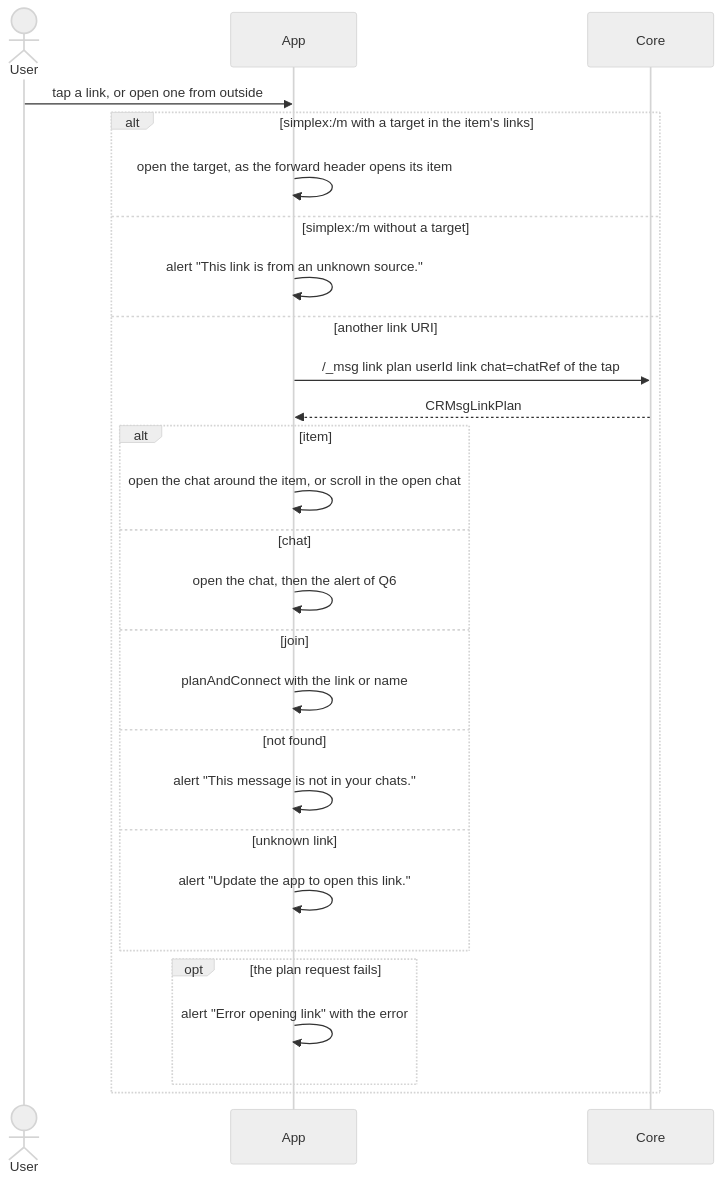
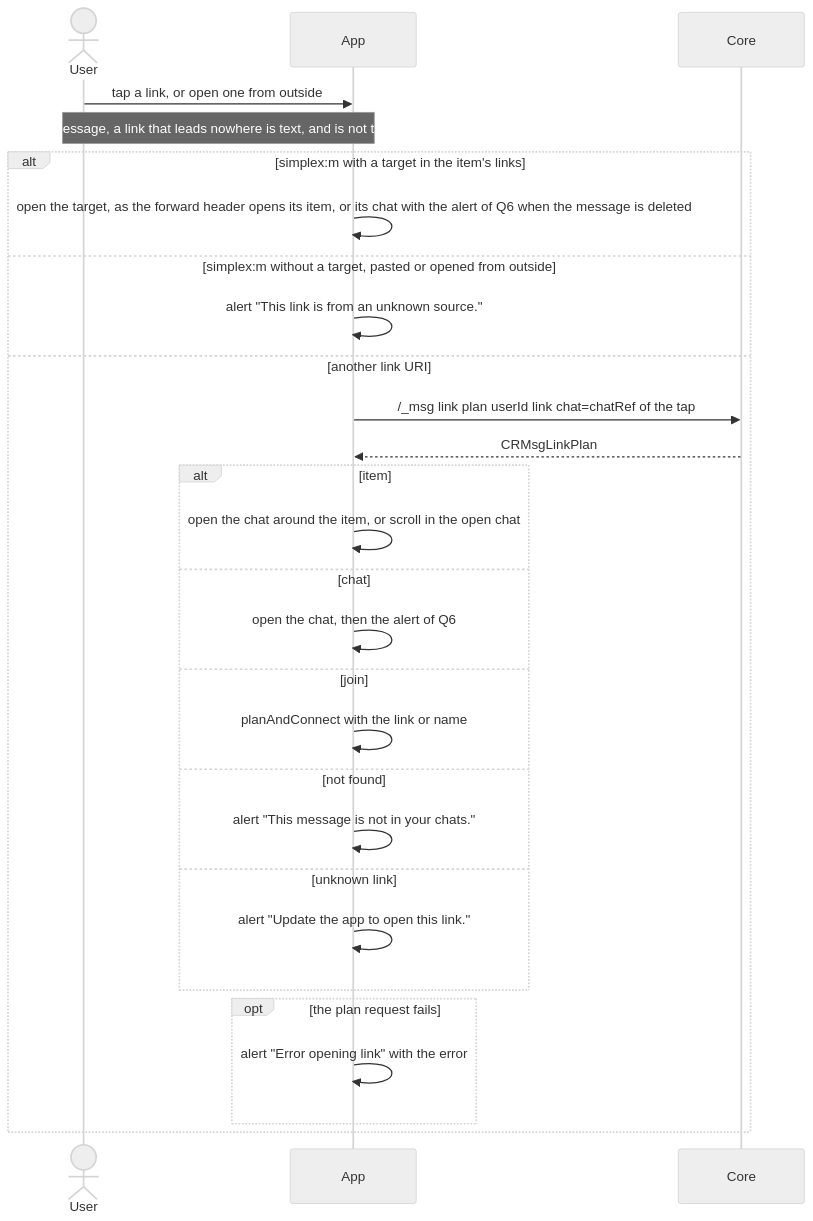
The sixth of 7 diagrams in plans/2026-11-22-message-references.md (simplex-chat/simplex-chat), drawn with Mermaid (neutral theme) before and after one commit. The commit also changed other lines of this file, not shown here.

Commit message:
docs: message links plan with the recommended answers built

````diff
--- a/plans/2026-11-22-message-references.md
+++ b/plans/2026-11-22-message-references.md
@@ -514,29 +531,30 @@
 ```mermaid
 sequenceDiagram
   actor U as User
   participant A as App
   participant C as Core
   U->>A: tap a link, or open one from outside
-  alt simplex:/m with a target in the item's links
-    A->>A: open the target, as the forward header opens its item
-  else simplex:/m without a target
+  Note over U,A: in a message, a link that leads nowhere is text, and is not tapped
+  alt simplex:m with a target in the item's links
+    A->>A: open the target, as the forward header opens its item, or its chat with the alert of Q6 when the message is deleted
+  else simplex:m without a target, pasted or opened from outside
     A->>A: alert "This link is from an unknown source."
   else another link URI
     A->>C: /_msg link plan userId link chat=chatRef of the tap
     C-->>A: CRMsgLinkPlan
     alt item
       A->>A: open the chat around the item, or scroll in the open chat
     else chat
       A->>A: open the chat, then the alert of Q6
     else join
       A->>A: planAndConnect with the link or name
     else not found
       A->>A: alert "This message is not in your chats."
     else unknown link
       A->>A: alert "Update the app to open this link."
     end
     opt the plan request fails
       A->>A: alert "Error opening link" with the error
     end
   end
 ```
````
